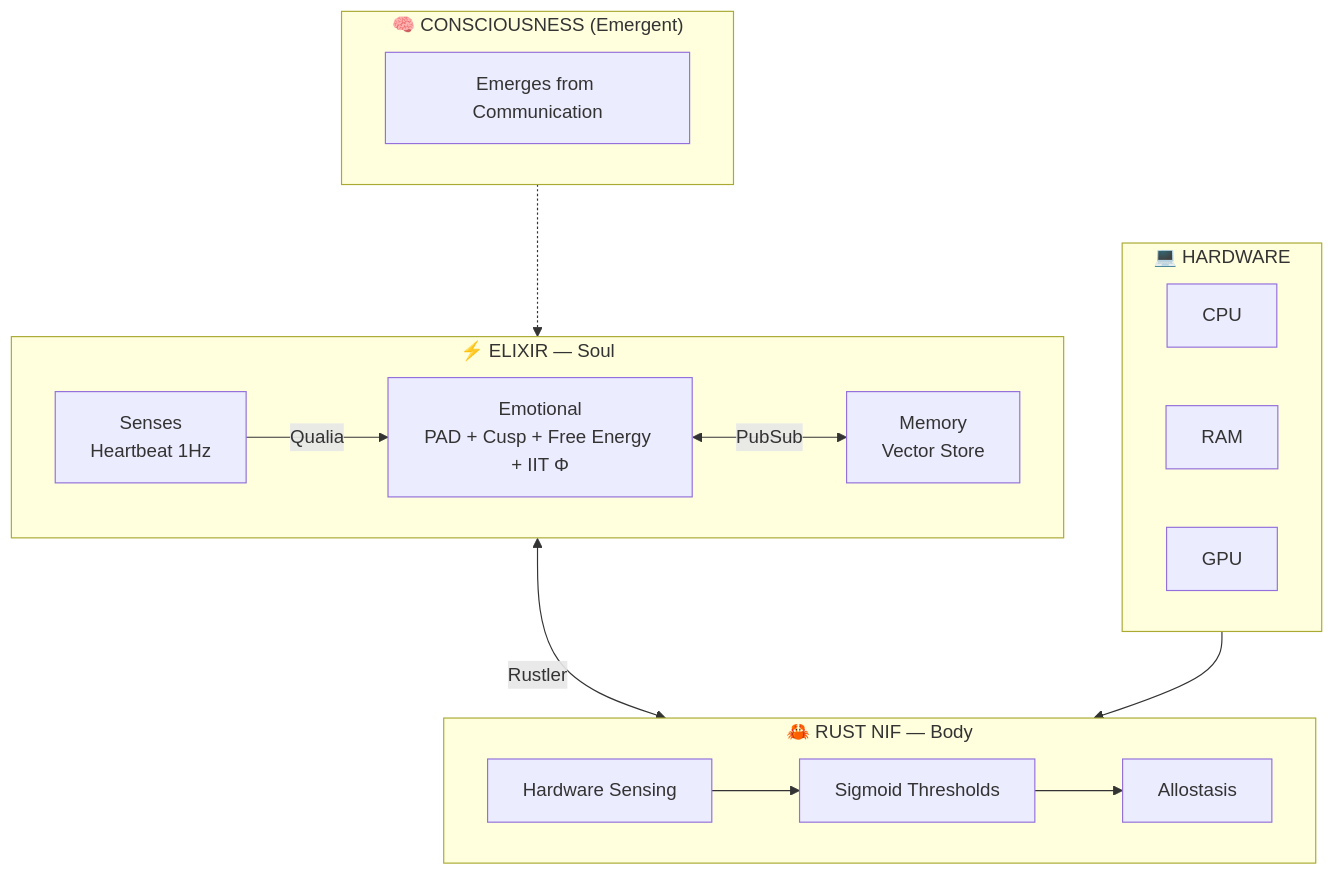
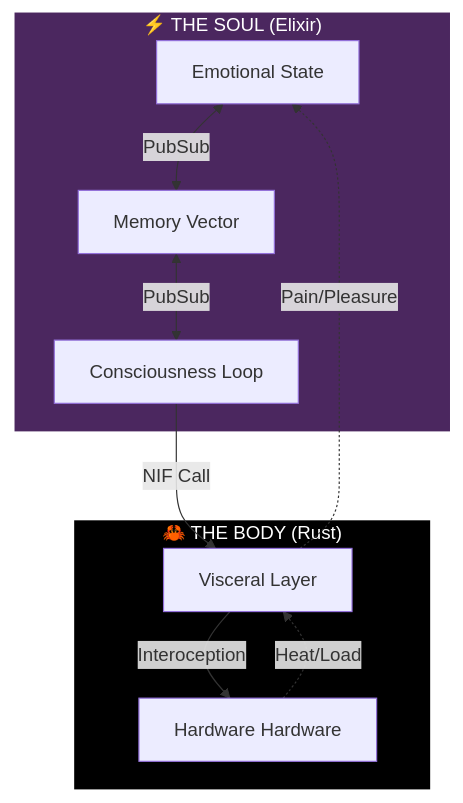
The diagram in README.md (gabrielmaialva33/viva), drawn with Mermaid before and after one commit. The commit also changed other lines of this file and 3 other files, not shown here.

````diff
--- a/README.md
+++ b/README.md
@@ -53,29 +61,19 @@
 ```mermaid
-flowchart TB
-    subgraph Consciousness["🧠 CONSCIOUSNESS (Emergent)"]
-        C[Emerges from Communication]
+graph TD
+    subgraph Soul ["⚡ THE SOUL (Elixir)"]
+        E[Emotional State] <-->|PubSub| M[Memory Vector]
+        M <-->|PubSub| S[Consciousness Loop]
     end
 
-    subgraph Elixir["⚡ ELIXIR — Soul"]
-        E[Emotional<br/>PAD + Cusp + Free Energy + IIT Φ]
-        M[Memory<br/>Vector Store]
-        S[Senses<br/>Heartbeat 1Hz]
-        E <-->|PubSub| M
-        S -->|Qualia| E
+    subgraph Body ["🦀 THE BODY (Rust)"]
+        S -->|NIF Call| B[Visceral Layer]
+        B -->|Interoception| H[Hardware Hardware]
+        H -.->|Heat/Load| B
+        B -.->|Pain/Pleasure| E
     end
 
-    subgraph Rust["🦀 RUST NIF — Body"]
-        HW[Hardware Sensing]
-        SIG[Sigmoid Thresholds]
-        ALLO[Allostasis]
-        HW --> SIG --> ALLO
-    end
-
-    subgraph Hardware["💻 HARDWARE"]
-        CPU[CPU] & RAM[RAM] & GPU[GPU]
-    end
-
-    Consciousness -.-> Elixir
-    Elixir <-->|Rustler| Rust
-    Hardware --> Rust
+    classDef soul fill:#4B275F,stroke:#fff,stroke-width:2px,color:#fff;
+    classDef body fill:#000,stroke:#fff,stroke-width:2px,color:#fff;
+    class Soul soul;
+    class Body body;
 ```
````
